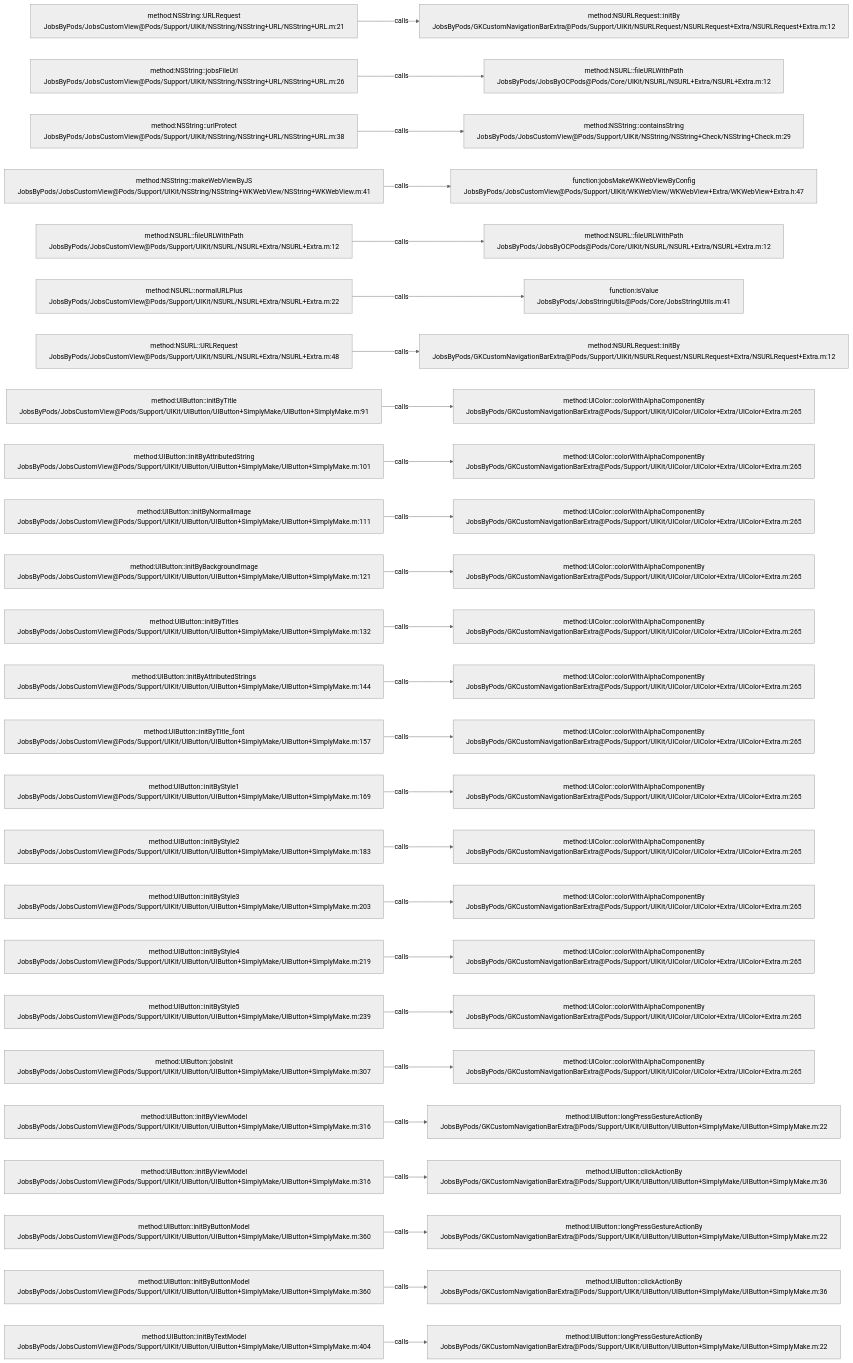
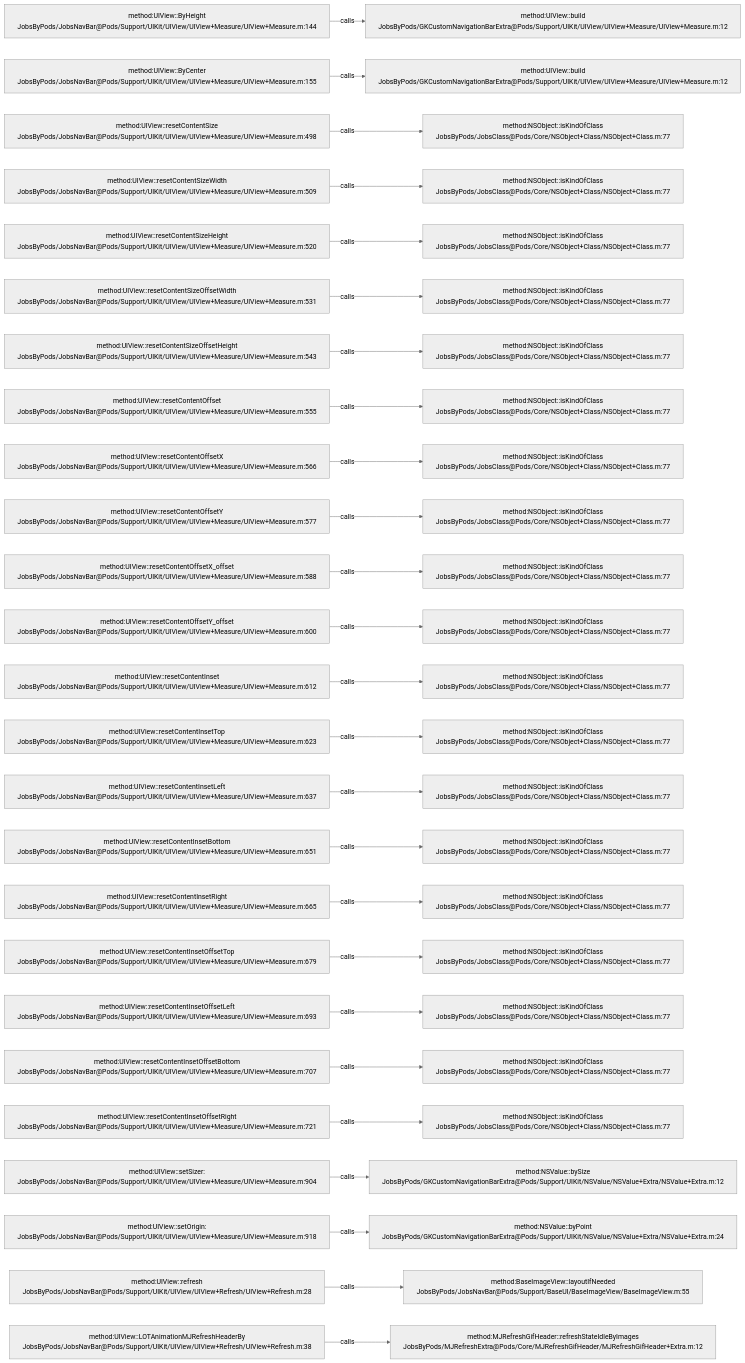
One commit to JobsKits/JobsOCBaseConfigDemo changed the diagram in .codegraph/codegraph.md/graphs/calls-084.md. Above: the diagram before and after it, drawn with Mermaid (neutral theme). The commit also changed 573 other files, not shown here.

````diff
--- a/.codegraph/codegraph.md/graphs/calls-084.md
+++ b/.codegraph/codegraph.md/graphs/calls-084.md
@@ -13,78 +13,78 @@
 ```mermaid
 flowchart LR
-  S1["method:NSString::URLRequest<br/>JobsByPods/JobsCustomView@Pods/Support/UIKit/NSString/NSString+URL/NSString+URL.m:21"]
-  T1["method:NSURLRequest::initBy<br/>JobsByPods/GKCustomNavigationBarExtra@Pods/Support/UIKit/NSURLRequest/NSURLRequest+Extra/NSURLRequest+Extra.m:12"]
+  S1["method:UIView::ByHeight<br/>JobsByPods/JobsNavBar@Pods/Support/UIKit/UIView/UIView+Measure/UIView+Measure.m:144"]
+  T1["method:UIView::build<br/>JobsByPods/GKCustomNavigationBarExtra@Pods/Support/UIKit/UIView/UIView+Measure/UIView+Measure.m:12"]
   S1 -->|calls| T1
-  S2["method:NSString::jobsFileUrl<br/>JobsByPods/JobsCustomView@Pods/Support/UIKit/NSString/NSString+URL/NSString+URL.m:26"]
-  T2["method:NSURL::fileURLWithPath<br/>JobsByPods/JobsByOCPods@Pods/Core/UIKit/NSURL/NSURL+Extra/NSURL+Extra.m:12"]
+  S2["method:UIView::ByCenter<br/>JobsByPods/JobsNavBar@Pods/Support/UIKit/UIView/UIView+Measure/UIView+Measure.m:155"]
+  T2["method:UIView::build<br/>JobsByPods/GKCustomNavigationBarExtra@Pods/Support/UIKit/UIView/UIView+Measure/UIView+Measure.m:12"]
   S2 -->|calls| T2
-  S3["method:NSString::urlProtect<br/>JobsByPods/JobsCustomView@Pods/Support/UIKit/NSString/NSString+URL/NSString+URL.m:38"]
-  T3["method:NSString::containsString<br/>JobsByPods/JobsCustomView@Pods/Support/UIKit/NSString/NSString+Check/NSString+Check.m:29"]
+  S3["method:UIView::resetContentSize<br/>JobsByPods/JobsNavBar@Pods/Support/UIKit/UIView/UIView+Measure/UIView+Measure.m:498"]
+  T3["method:NSObject::isKindOfClass<br/>JobsByPods/JobsClass@Pods/Core/NSObject+Class/NSObject+Class.m:77"]
   S3 -->|calls| T3
-  S4["method:NSString::makeWebViewByJS<br/>JobsByPods/JobsCustomView@Pods/Support/UIKit/NSString/NSString+WKWebView/NSString+WKWebView.m:41"]
-  T4["function:jobsMakeWKWebViewByConfig<br/>JobsByPods/JobsCustomView@Pods/Support/UIKit/WKWebView/WKWebView+Extra/WKWebView+Extra.h:47"]
+  S4["method:UIView::resetContentSizeWidth<br/>JobsByPods/JobsNavBar@Pods/Support/UIKit/UIView/UIView+Measure/UIView+Measure.m:509"]
+  T4["method:NSObject::isKindOfClass<br/>JobsByPods/JobsClass@Pods/Core/NSObject+Class/NSObject+Class.m:77"]
   S4 -->|calls| T4
-  S5["method:NSURL::fileURLWithPath<br/>JobsByPods/JobsCustomView@Pods/Support/UIKit/NSURL/NSURL+Extra/NSURL+Extra.m:12"]
-  T5["method:NSURL::fileURLWithPath<br/>JobsByPods/JobsByOCPods@Pods/Core/UIKit/NSURL/NSURL+Extra/NSURL+Extra.m:12"]
+  S5["method:UIView::resetContentSizeHeight<br/>JobsByPods/JobsNavBar@Pods/Support/UIKit/UIView/UIView+Measure/UIView+Measure.m:520"]
+  T5["method:NSObject::isKindOfClass<br/>JobsByPods/JobsClass@Pods/Core/NSObject+Class/NSObject+Class.m:77"]
   S5 -->|calls| T5
-  S6["method:NSURL::normalURLPlus<br/>JobsByPods/JobsCustomView@Pods/Support/UIKit/NSURL/NSURL+Extra/NSURL+Extra.m:22"]
-  T6["function:isValue<br/>JobsByPods/JobsStringUtils@Pods/Core/JobsStringUtils.m:41"]
+  S6["method:UIView::resetContentSizeOffsetWidth<br/>JobsByPods/JobsNavBar@Pods/Support/UIKit/UIView/UIView+Measure/UIView+Measure.m:531"]
+  T6["method:NSObject::isKindOfClass<br/>JobsByPods/JobsClass@Pods/Core/NSObject+Class/NSObject+Class.m:77"]
   S6 -->|calls| T6
-  S7["method:NSURL::URLRequest<br/>JobsByPods/JobsCustomView@Pods/Support/UIKit/NSURL/NSURL+Extra/NSURL+Extra.m:48"]
-  T7["method:NSURLRequest::initBy<br/>JobsByPods/GKCustomNavigationBarExtra@Pods/Support/UIKit/NSURLRequest/NSURLRequest+Extra/NSURLRequest+Extra.m:12"]
+  S7["method:UIView::resetContentSizeOffsetHeight<br/>JobsByPods/JobsNavBar@Pods/Support/UIKit/UIView/UIView+Measure/UIView+Measure.m:543"]
+  T7["method:NSObject::isKindOfClass<br/>JobsByPods/JobsClass@Pods/Core/NSObject+Class/NSObject+Class.m:77"]
   S7 -->|calls| T7
-  S8["method:UIButton::initByTitle<br/>JobsByPods/JobsCustomView@Pods/Support/UIKit/UIButton/UIButton+SimplyMake/UIButton+SimplyMake.m:91"]
-  T8["method:UIColor::colorWithAlphaComponentBy<br/>JobsByPods/GKCustomNavigationBarExtra@Pods/Support/UIKit/UIColor/UIColor+Extra/UIColor+Extra.m:265"]
+  S8["method:UIView::resetContentOffset<br/>JobsByPods/JobsNavBar@Pods/Support/UIKit/UIView/UIView+Measure/UIView+Measure.m:555"]
+  T8["method:NSObject::isKindOfClass<br/>JobsByPods/JobsClass@Pods/Core/NSObject+Class/NSObject+Class.m:77"]
   S8 -->|calls| T8
-  S9["method:UIButton::initByAttributedString<br/>JobsByPods/JobsCustomView@Pods/Support/UIKit/UIButton/UIButton+SimplyMake/UIButton+SimplyMake.m:101"]
-  T9["method:UIColor::colorWithAlphaComponentBy<br/>JobsByPods/GKCustomNavigationBarExtra@Pods/Support/UIKit/UIColor/UIColor+Extra/UIColor+Extra.m:265"]
+  S9["method:UIView::resetContentOffsetX<br/>JobsByPods/JobsNavBar@Pods/Support/UIKit/UIView/UIView+Measure/UIView+Measure.m:566"]
+  T9["method:NSObject::isKindOfClass<br/>JobsByPods/JobsClass@Pods/Core/NSObject+Class/NSObject+Class.m:77"]
   S9 -->|calls| T9
-  S10["method:UIButton::initByNormalImage<br/>JobsByPods/JobsCustomView@Pods/Support/UIKit/UIButton/UIButton+SimplyMake/UIButton+SimplyMake.m:111"]
-  T10["method:UIColor::colorWithAlphaComponentBy<br/>JobsByPods/GKCustomNavigationBarExtra@Pods/Support/UIKit/UIColor/UIColor+Extra/UIColor+Extra.m:265"]
+  S10["method:UIView::resetContentOffsetY<br/>JobsByPods/JobsNavBar@Pods/Support/UIKit/UIView/UIView+Measure/UIView+Measure.m:577"]
+  T10["method:NSObject::isKindOfClass<br/>JobsByPods/JobsClass@Pods/Core/NSObject+Class/NSObject+Class.m:77"]
   S10 -->|calls| T10
-  S11["method:UIButton::initByBackgroundImage<br/>JobsByPods/JobsCustomView@Pods/Support/UIKit/UIButton/UIButton+SimplyMake/UIButton+SimplyMake.m:121"]
-  T11["method:UIColor::colorWithAlphaComponentBy<br/>JobsByPods/GKCustomNavigationBarExtra@Pods/Support/UIKit/UIColor/UIColor+Extra/UIColor+Extra.m:265"]
+  S11["method:UIView::resetContentOffsetX_offset<br/>JobsByPods/JobsNavBar@Pods/Support/UIKit/UIView/UIView+Measure/UIView+Measure.m:588"]
+  T11["method:NSObject::isKindOfClass<br/>JobsByPods/JobsClass@Pods/Core/NSObject+Class/NSObject+Class.m:77"]
   S11 -->|calls| T11
-  S12["method:UIButton::initByTitles<br/>JobsByPods/JobsCustomView@Pods/Support/UIKit/UIButton/UIButton+SimplyMake/UIButton+SimplyMake.m:132"]
-  T12["method:UIColor::colorWithAlphaComponentBy<br/>JobsByPods/GKCustomNavigationBarExtra@Pods/Support/UIKit/UIColor/UIColor+Extra/UIColor+Extra.m:265"]
+  S12["method:UIView::resetContentOffsetY_offset<br/>JobsByPods/JobsNavBar@Pods/Support/UIKit/UIView/UIView+Measure/UIView+Measure.m:600"]
+  T12["method:NSObject::isKindOfClass<br/>JobsByPods/JobsClass@Pods/Core/NSObject+Class/NSObject+Class.m:77"]
   S12 -->|calls| T12
-  S13["method:UIButton::initByAttributedStrings<br/>JobsByPods/JobsCustomView@Pods/Support/UIKit/UIButton/UIButton+SimplyMake/UIButton+SimplyMake.m:144"]
-  T13["method:UIColor::colorWithAlphaComponentBy<br/>JobsByPods/GKCustomNavigationBarExtra@Pods/Support/UIKit/UIColor/UIColor+Extra/UIColor+Extra.m:265"]
+  S13["method:UIView::resetContentInset<br/>JobsByPods/JobsNavBar@Pods/Support/UIKit/UIView/UIView+Measure/UIView+Measure.m:612"]
+  T13["method:NSObject::isKindOfClass<br/>JobsByPods/JobsClass@Pods/Core/NSObject+Class/NSObject+Class.m:77"]
   S13 -->|calls| T13
-  S14["method:UIButton::initByTitle_font<br/>JobsByPods/JobsCustomView@Pods/Support/UIKit/UIButton/UIButton+SimplyMake/UIButton+SimplyMake.m:157"]
-  T14["method:UIColor::colorWithAlphaComponentBy<br/>JobsByPods/GKCustomNavigationBarExtra@Pods/Support/UIKit/UIColor/UIColor+Extra/UIColor+Extra.m:265"]
+  S14["method:UIView::resetContentInsetTop<br/>JobsByPods/JobsNavBar@Pods/Support/UIKit/UIView/UIView+Measure/UIView+Measure.m:623"]
+  T14["method:NSObject::isKindOfClass<br/>JobsByPods/JobsClass@Pods/Core/NSObject+Class/NSObject+Class.m:77"]
   S14 -->|calls| T14
-  S15["method:UIButton::initByStyle1<br/>JobsByPods/JobsCustomView@Pods/Support/UIKit/UIButton/UIButton+SimplyMake/UIButton+SimplyMake.m:169"]
-  T15["method:UIColor::colorWithAlphaComponentBy<br/>JobsByPods/GKCustomNavigationBarExtra@Pods/Support/UIKit/UIColor/UIColor+Extra/UIColor+Extra.m:265"]
+  S15["method:UIView::resetContentInsetLeft<br/>JobsByPods/JobsNavBar@Pods/Support/UIKit/UIView/UIView+Measure/UIView+Measure.m:637"]
+  T15["method:NSObject::isKindOfClass<br/>JobsByPods/JobsClass@Pods/Core/NSObject+Class/NSObject+Class.m:77"]
   S15 -->|calls| T15
-  S16["method:UIButton::initByStyle2<br/>JobsByPods/JobsCustomView@Pods/Support/UIKit/UIButton/UIButton+SimplyMake/UIButton+SimplyMake.m:183"]
-  T16["method:UIColor::colorWithAlphaComponentBy<br/>JobsByPods/GKCustomNavigationBarExtra@Pods/Support/UIKit/UIColor/UIColor+Extra/UIColor+Extra.m:265"]
+  S16["method:UIView::resetContentInsetBottom<br/>JobsByPods/JobsNavBar@Pods/Support/UIKit/UIView/UIView+Measure/UIView+Measure.m:651"]
+  T16["method:NSObject::isKindOfClass<br/>JobsByPods/JobsClass@Pods/Core/NSObject+Class/NSObject+Class.m:77"]
   S16 -->|calls| T16
-  S17["method:UIButton::initByStyle3<br/>JobsByPods/JobsCustomView@Pods/Support/UIKit/UIButton/UIButton+SimplyMake/UIButton+SimplyMake.m:203"]
-  T17["method:UIColor::colorWithAlphaComponentBy<br/>JobsByPods/GKCustomNavigationBarExtra@Pods/Support/UIKit/UIColor/UIColor+Extra/UIColor+Extra.m:265"]
+  S17["method:UIView::resetContentInsetRight<br/>JobsByPods/JobsNavBar@Pods/Support/UIKit/UIView/UIView+Measure/UIView+Measure.m:665"]
+  T17["method:NSObject::isKindOfClass<br/>JobsByPods/JobsClass@Pods/Core/NSObject+Class/NSObject+Class.m:77"]
   S17 -->|calls| T17
-  S18["method:UIButton::initByStyle4<br/>JobsByPods/JobsCustomView@Pods/Support/UIKit/UIButton/UIButton+SimplyMake/UIButton+SimplyMake.m:219"]
-  T18["method:UIColor::colorWithAlphaComponentBy<br/>JobsByPods/GKCustomNavigationBarExtra@Pods/Support/UIKit/UIColor/UIColor+Extra/UIColor+Extra.m:265"]
+  S18["method:UIView::resetContentInsetOffsetTop<br/>JobsByPods/JobsNavBar@Pods/Support/UIKit/UIView/UIView+Measure/UIView+Measure.m:679"]
+  T18["method:NSObject::isKindOfClass<br/>JobsByPods/JobsClass@Pods/Core/NSObject+Class/NSObject+Class.m:77"]
   S18 -->|calls| T18
-  S19["method:UIButton::initByStyle5<br/>JobsByPods/JobsCustomView@Pods/Support/UIKit/UIButton/UIButton+SimplyMake/UIButton+SimplyMake.m:239"]
-  T19["method:UIColor::colorWithAlphaComponentBy<br/>JobsByPods/GKCustomNavigationBarExtra@Pods/Support/UIKit/UIColor/UIColor+Extra/UIColor+Extra.m:265"]
+  S19["method:UIView::resetContentInsetOffsetLeft<br/>JobsByPods/JobsNavBar@Pods/Support/UIKit/UIView/UIView+Measure/UIView+Measure.m:693"]
+  T19["method:NSObject::isKindOfClass<br/>JobsByPods/JobsClass@Pods/Core/NSObject+Class/NSObject+Class.m:77"]
   S19 -->|calls| T19
-  S20["method:UIButton::jobsInit<br/>JobsByPods/JobsCustomView@Pods/Support/UIKit/UIButton/UIButton+SimplyMake/UIButton+SimplyMake.m:307"]
-  T20["method:UIColor::colorWithAlphaComponentBy<br/>JobsByPods/GKCustomNavigationBarExtra@Pods/Support/UIKit/UIColor/UIColor+Extra/UIColor+Extra.m:265"]
+  S20["method:UIView::resetContentInsetOffsetBottom<br/>JobsByPods/JobsNavBar@Pods/Support/UIKit/UIView/UIView+Measure/UIView+Measure.m:707"]
+  T20["method:NSObject::isKindOfClass<br/>JobsByPods/JobsClass@Pods/Core/NSObject+Class/NSObject+Class.m:77"]
   S20 -->|calls| T20
-  S21["method:UIButton::initByViewModel<br/>JobsByPods/JobsCustomView@Pods/Support/UIKit/UIButton/UIButton+SimplyMake/UIButton+SimplyMake.m:316"]
-  T21["method:UIButton::longPressGestureActionBy<br/>JobsByPods/GKCustomNavigationBarExtra@Pods/Support/UIKit/UIButton/UIButton+SimplyMake/UIButton+SimplyMake.m:22"]
+  S21["method:UIView::resetContentInsetOffsetRight<br/>JobsByPods/JobsNavBar@Pods/Support/UIKit/UIView/UIView+Measure/UIView+Measure.m:721"]
+  T21["method:NSObject::isKindOfClass<br/>JobsByPods/JobsClass@Pods/Core/NSObject+Class/NSObject+Class.m:77"]
   S21 -->|calls| T21
-  S22["method:UIButton::initByViewModel<br/>JobsByPods/JobsCustomView@Pods/Support/UIKit/UIButton/UIButton+SimplyMake/UIButton+SimplyMake.m:316"]
-  T22["method:UIButton::clickActionBy<br/>JobsByPods/GKCustomNavigationBarExtra@Pods/Support/UIKit/UIButton/UIButton+SimplyMake/UIButton+SimplyMake.m:36"]
+  S22["method:UIView::setSizer:<br/>JobsByPods/JobsNavBar@Pods/Support/UIKit/UIView/UIView+Measure/UIView+Measure.m:904"]
+  T22["method:NSValue::bySize<br/>JobsByPods/GKCustomNavigationBarExtra@Pods/Support/UIKit/NSValue/NSValue+Extra/NSValue+Extra.m:12"]
   S22 -->|calls| T22
-  S23["method:UIButton::initByButtonModel<br/>JobsByPods/JobsCustomView@Pods/Support/UIKit/UIButton/UIButton+SimplyMake/UIButton+SimplyMake.m:360"]
-  T23["method:UIButton::longPressGestureActionBy<br/>JobsByPods/GKCustomNavigationBarExtra@Pods/Support/UIKit/UIButton/UIButton+SimplyMake/UIButton+SimplyMake.m:22"]
+  S23["method:UIView::setOrigin:<br/>JobsByPods/JobsNavBar@Pods/Support/UIKit/UIView/UIView+Measure/UIView+Measure.m:918"]
+  T23["method:NSValue::byPoint<br/>JobsByPods/GKCustomNavigationBarExtra@Pods/Support/UIKit/NSValue/NSValue+Extra/NSValue+Extra.m:24"]
   S23 -->|calls| T23
-  S24["method:UIButton::initByButtonModel<br/>JobsByPods/JobsCustomView@Pods/Support/UIKit/UIButton/UIButton+SimplyMake/UIButton+SimplyMake.m:360"]
-  T24["method:UIButton::clickActionBy<br/>JobsByPods/GKCustomNavigationBarExtra@Pods/Support/UIKit/UIButton/UIButton+SimplyMake/UIButton+SimplyMake.m:36"]
+  S24["method:UIView::refresh<br/>JobsByPods/JobsNavBar@Pods/Support/UIKit/UIView/UIView+Refresh/UIView+Refresh.m:28"]
+  T24["method:BaseImageView::layoutIfNeeded<br/>JobsByPods/JobsNavBar@Pods/Support/BaseUI/BaseImageView/BaseImageView.m:55"]
   S24 -->|calls| T24
-  S25["method:UIButton::initByTextModel<br/>JobsByPods/JobsCustomView@Pods/Support/UIKit/UIButton/UIButton+SimplyMake/UIButton+SimplyMake.m:404"]
-  T25["method:UIButton::longPressGestureActionBy<br/>JobsByPods/GKCustomNavigationBarExtra@Pods/Support/UIKit/UIButton/UIButton+SimplyMake/UIButton+SimplyMake.m:22"]
+  S25["method:UIView::LOTAnimationMJRefreshHeaderBy<br/>JobsByPods/JobsNavBar@Pods/Support/UIKit/UIView/UIView+Refresh/UIView+Refresh.m:38"]
+  T25["method:MJRefreshGifHeader::refreshStateIdleByImages<br/>JobsByPods/MJRefreshExtra@Pods/Core/MJRefreshGifHeader/MJRefreshGifHeader+Extra.m:12"]
   S25 -->|calls| T25
 ```
````
